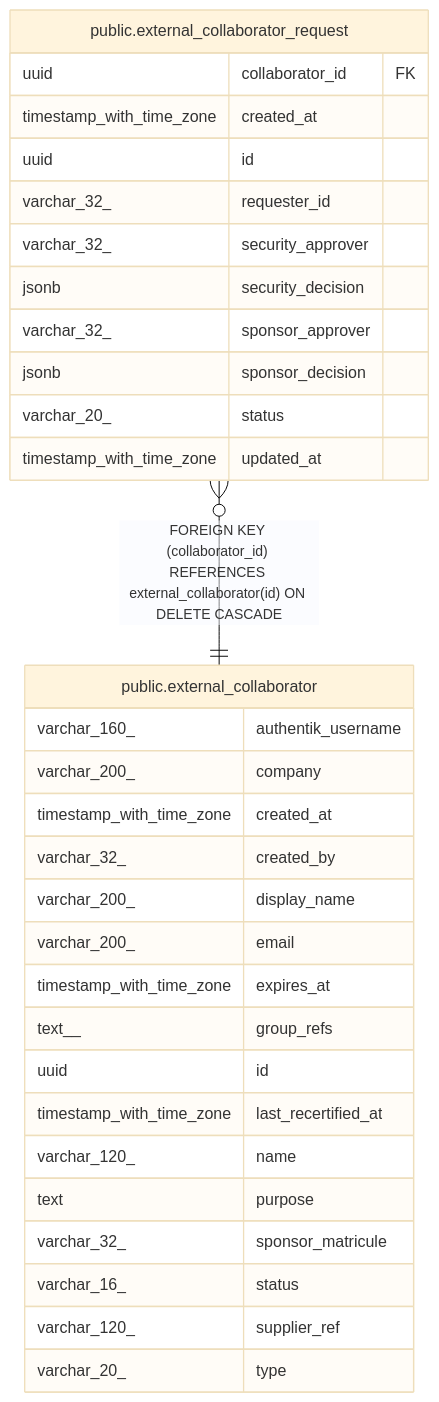
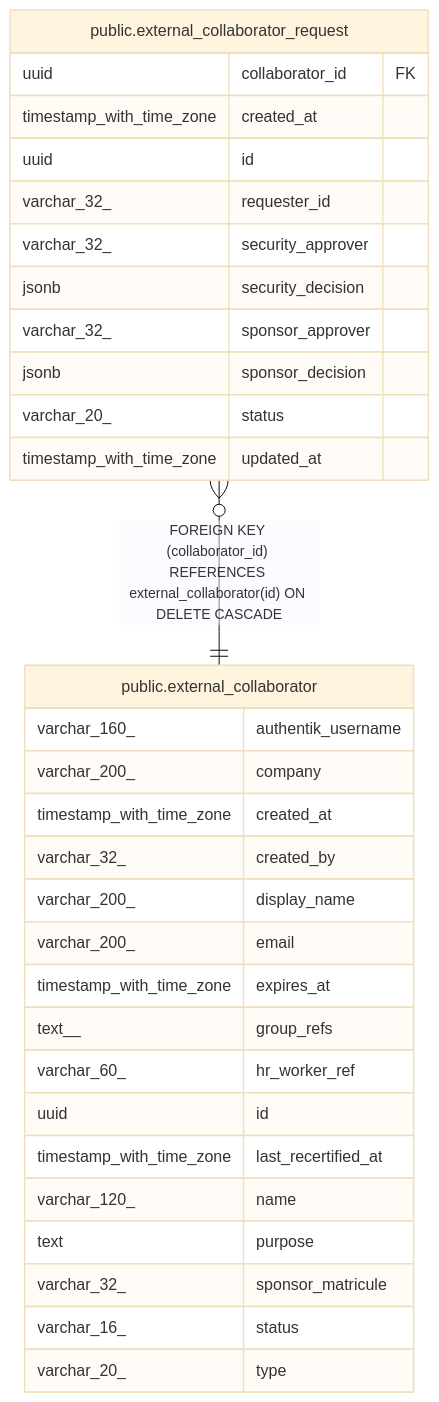
One commit to andrelair-platform/ktayl-iam changed the diagram in backend/docs/data-model/public.external_collaborator_request.md. Above: the diagram before and after it, drawn with Mermaid (base theme). The commit also changed 18 other files, not shown here.

First line of the commit message:
feat(iga): ADR-012 — supplier_ref → hr_worker_ref + onboarded event (Steps 2+3)

````diff
--- a/backend/docs/data-model/public.external_collaborator_request.md
+++ b/backend/docs/data-model/public.external_collaborator_request.md
@@ -35,36 +35,36 @@
 ```mermaid
 erDiagram
 
 "public.external_collaborator_request" }o--|| "public.external_collaborator" : "FOREIGN KEY (collaborator_id) REFERENCES external_collaborator(id) ON DELETE CASCADE"
 
 "public.external_collaborator_request" {
   uuid collaborator_id FK
   timestamp_with_time_zone created_at
   uuid id
   varchar_32_ requester_id
   varchar_32_ security_approver
   jsonb security_decision
   varchar_32_ sponsor_approver
   jsonb sponsor_decision
   varchar_20_ status
   timestamp_with_time_zone updated_at
 }
 "public.external_collaborator" {
   varchar_160_ authentik_username
   varchar_200_ company
   timestamp_with_time_zone created_at
   varchar_32_ created_by
   varchar_200_ display_name
   varchar_200_ email
   timestamp_with_time_zone expires_at
   text__ group_refs
+  varchar_60_ hr_worker_ref
   uuid id
   timestamp_with_time_zone last_recertified_at
   varchar_120_ name
   text purpose
   varchar_32_ sponsor_matricule
   varchar_16_ status
-  varchar_120_ supplier_ref
   varchar_20_ type
 }
 ```
````
